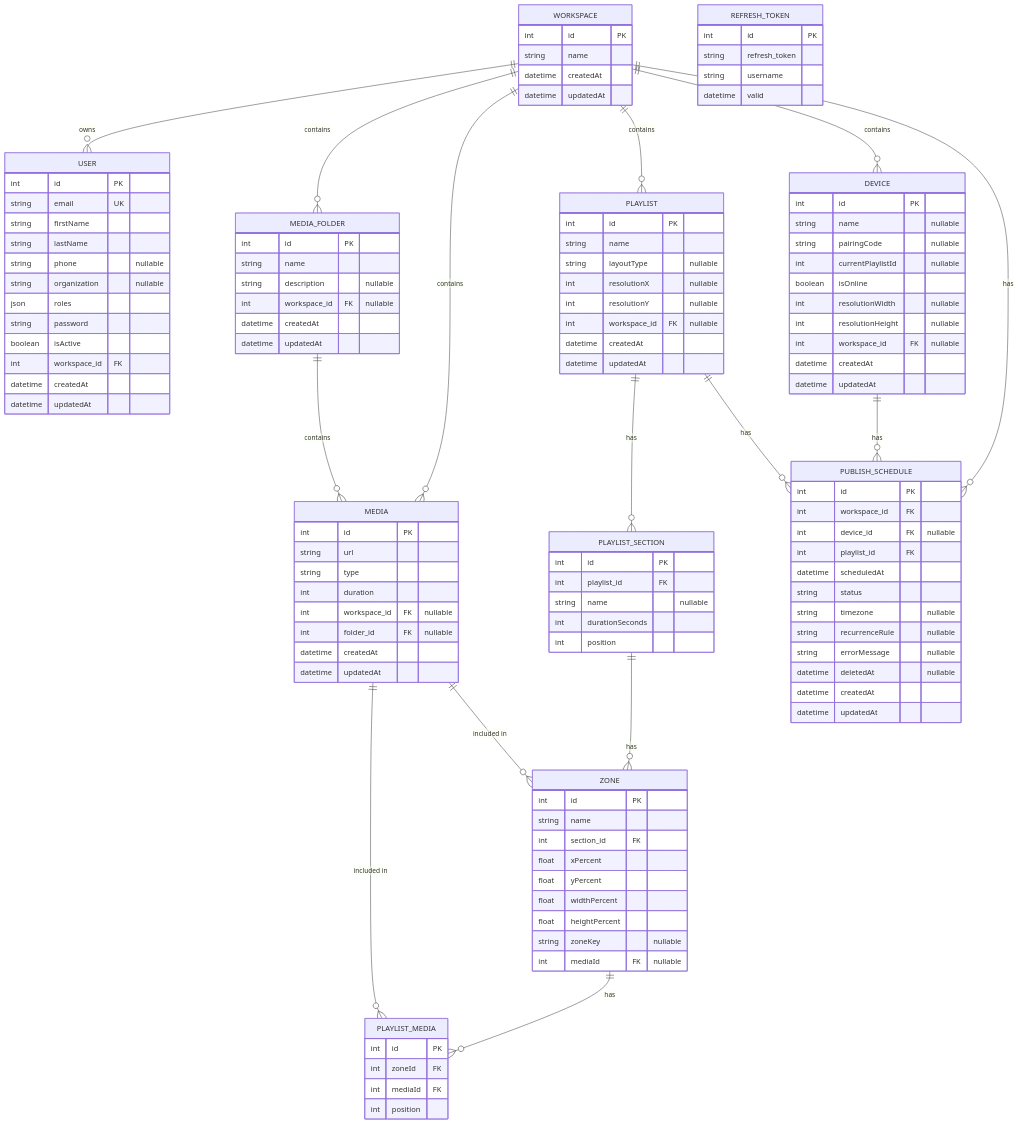
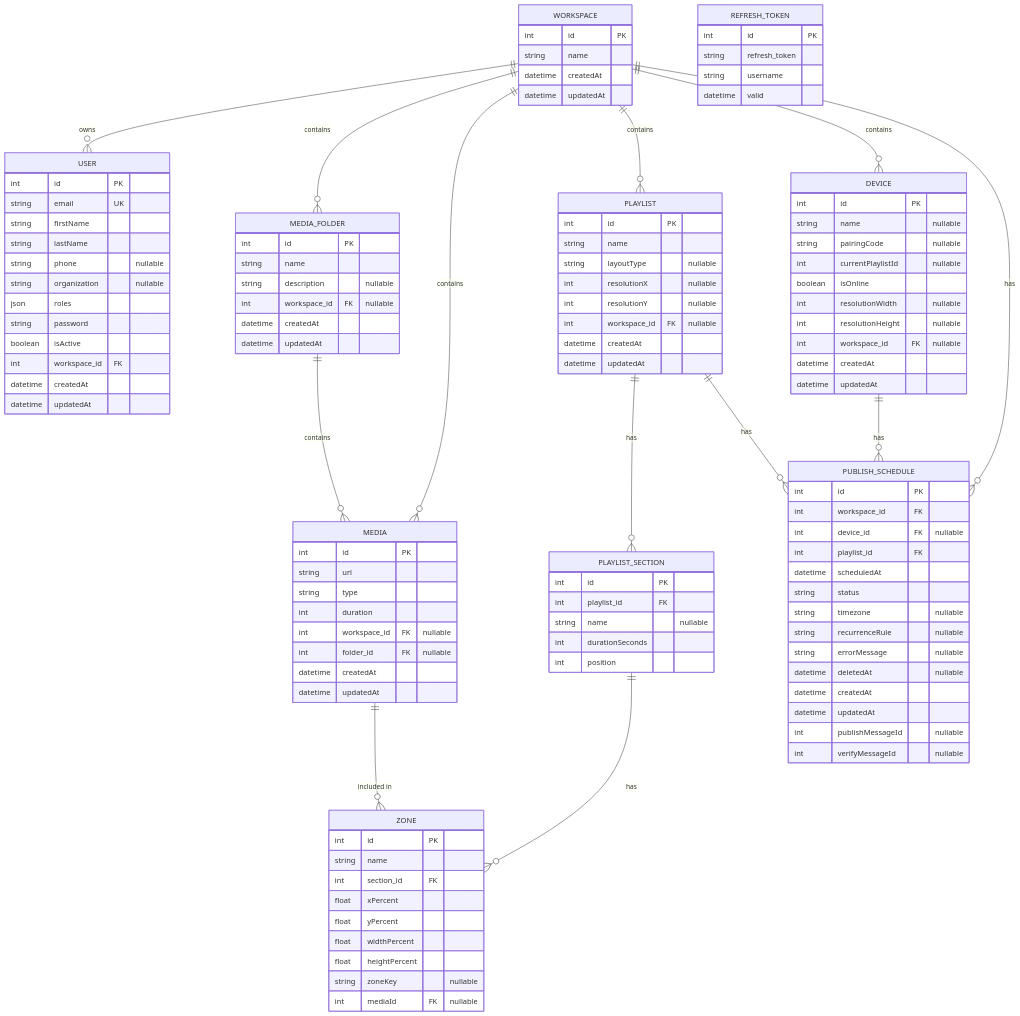
One commit to Mohammed-Zrirake/Plaisoram changed the first of 2 diagrams in Plaisoram_Schema.md. Above: the diagram before and after it, drawn with Mermaid. The commit also changed other lines of this file, not shown here.

Commit message:
docs: update Plaisoram_Schema.md removing PlaylistMedia and adding publish Message IDs

```diff
--- a/Plaisoram_Schema.md
+++ b/Plaisoram_Schema.md
@@ -103,12 +103,7 @@
         int mediaId FK "nullable"
     }
 
-    PLAYLIST_MEDIA {
-        int id PK
-        int zoneId FK
-        int mediaId FK
-        int position
-    }
+
 
     PUBLISH_SCHEDULE {
         int id PK
@@ -123,6 +118,8 @@
         datetime deletedAt "nullable"
         datetime createdAt
         datetime updatedAt
+        int publishMessageId "nullable"
+        int verifyMessageId "nullable"
     }
 
     %% Relationships
@@ -135,8 +132,6 @@
     MEDIA_FOLDER ||--o{ MEDIA : "contains"
     PLAYLIST ||--o{ PLAYLIST_SECTION : "has"
     PLAYLIST_SECTION ||--o{ ZONE : "has"
-    ZONE ||--o{ PLAYLIST_MEDIA : "has"
-    MEDIA ||--o{ PLAYLIST_MEDIA : "included in"
     MEDIA ||--o{ ZONE : "included in"
     WORKSPACE ||--o{ PUBLISH_SCHEDULE : "has"
     DEVICE ||--o{ PUBLISH_SCHEDULE : "has"
```
